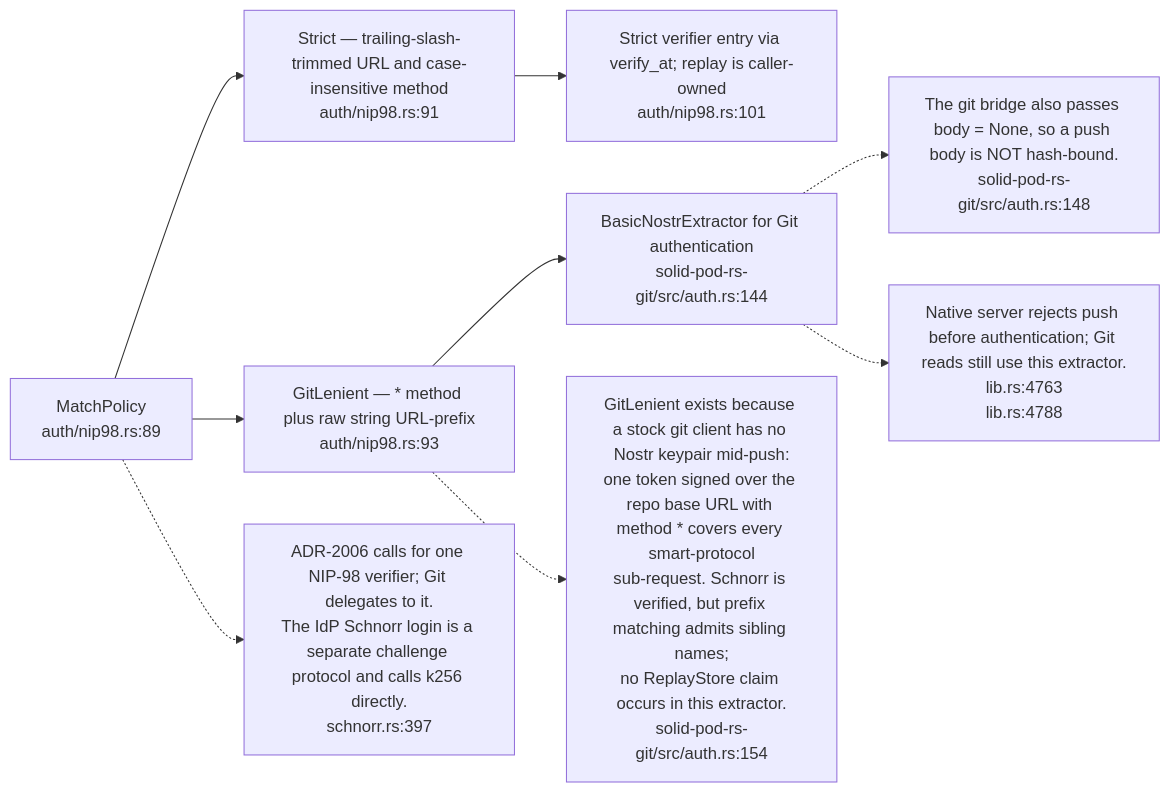
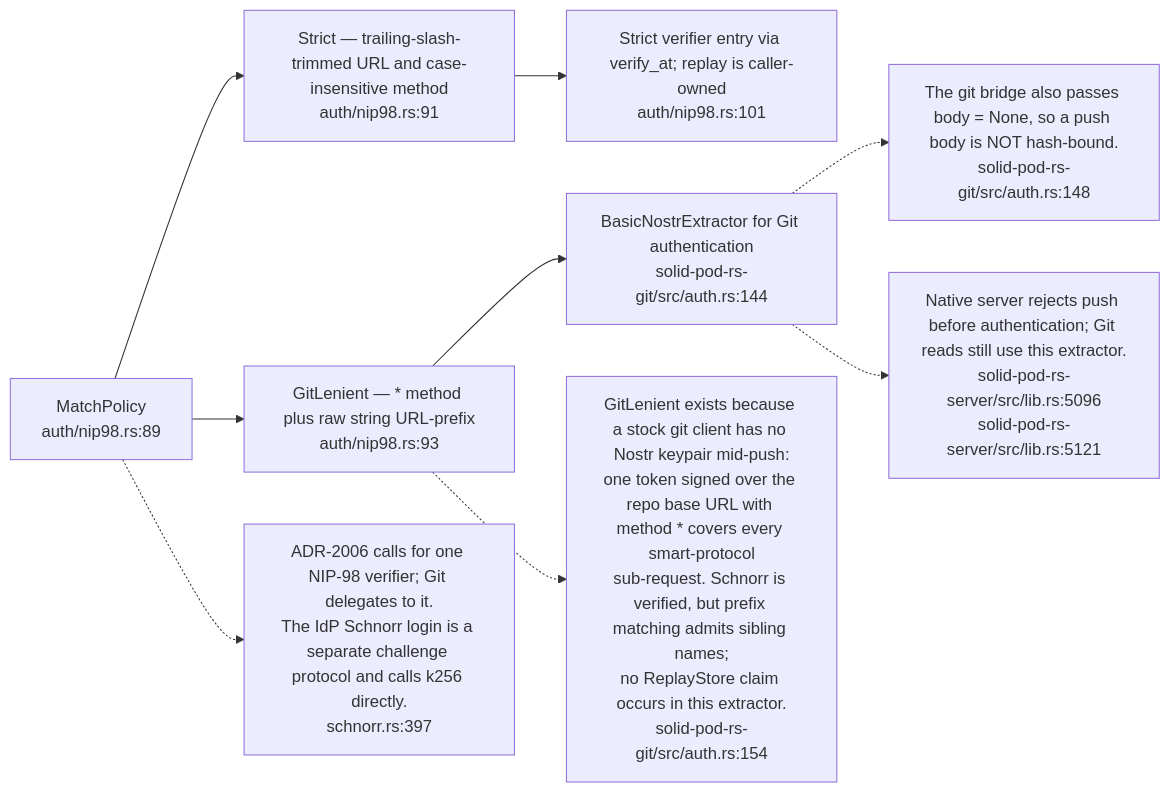
Before and after one commit to DreamLab-AI/VisionFlow: the third of 18 diagrams in docs/diagrams/solid-pod-rs/05-identity-nip98-did-oidc.md, drawn with Mermaid. The commit also changed other lines of this file and 59 other files, not shown here.

First line of the commit message:
docs(diagrams): re-derive and re-stamp forum, website, pod, ontomark and sealmap topics

````diff
--- a/docs/diagrams/solid-pod-rs/05-identity-nip98-did-oidc.md
+++ b/docs/diagrams/solid-pod-rs/05-identity-nip98-did-oidc.md
@@ -117,25 +121,25 @@
 ```mermaid
 flowchart LR
     MP["MatchPolicy<br/>auth/nip98.rs:89"]
     ST["Strict — trailing-slash-trimmed URL and case-insensitive method<br/>auth/nip98.rs:91"]
     GL["GitLenient — * method plus raw string URL-prefix<br/>auth/nip98.rs:93"]
     REST["Strict verifier entry via verify_at; replay is caller-owned<br/>auth/nip98.rs:101"]
     GIT["BasicNostrExtractor for Git authentication<br/>solid-pod-rs-git/src/auth.rs:144"]
 
     MP --> ST --> REST
     MP --> GL --> GIT
 
     N["GitLenient exists because a stock git client has no Nostr keypair mid-push:<br/>one token signed over the repo base URL with method * covers every smart-protocol<br/>sub-request. Schnorr is verified, but prefix matching admits sibling names;
 no ReplayStore claim occurs in this extractor.<br/>solid-pod-rs-git/src/auth.rs:154"]
     GL -.-> N
     N2["The git bridge also passes body = None, so a push body is NOT hash-bound.<br/>solid-pod-rs-git/src/auth.rs:148"]
     GIT -.-> N2
     N3["ADR-2006 calls for one NIP-98 verifier; Git delegates to it.
 The IdP Schnorr login is a separate challenge protocol and calls k256 directly.
 schnorr.rs:397"]
     MP -.-> N3
     N4["Native server rejects push before authentication; Git reads still use this extractor.
-lib.rs:4763
-lib.rs:4788"]
+solid-pod-rs-server/src/lib.rs:5096
+solid-pod-rs-server/src/lib.rs:5121"]
     GIT -.-> N4
 ```
````
